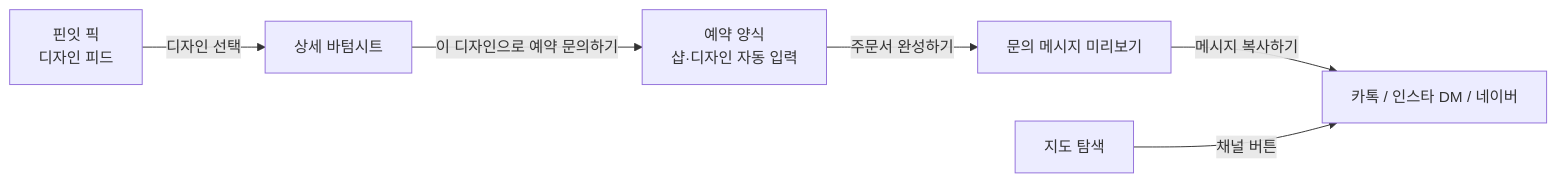
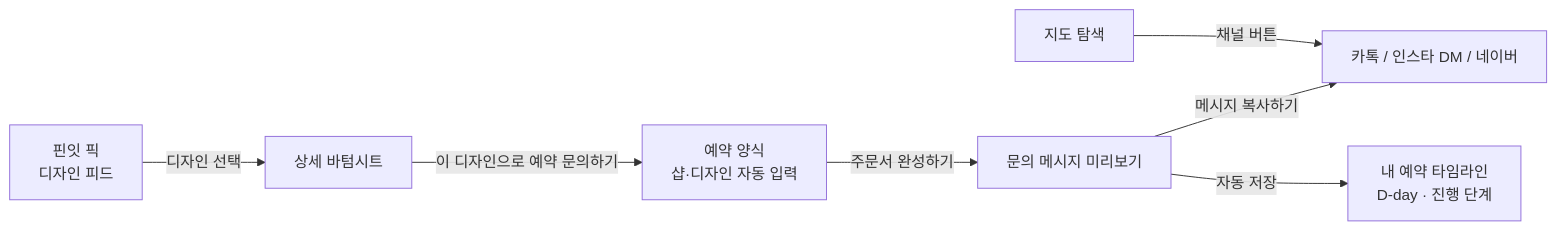
One commit to yeonland/portfolio changed the diagram in pinit_app/README.md. Above: the diagram before and after it, drawn with Mermaid. The commit also changed other lines of this file and 7 other files, not shown here.

````diff
--- a/pinit_app/README.md
+++ b/pinit_app/README.md
@@ -36,8 +37,9 @@
 ```mermaid
 flowchart LR
     A[핀잇 픽<br/>디자인 피드] -->|디자인 선택| B[상세 바텀시트]
     B -->|이 디자인으로 예약 문의하기| C[예약 양식<br/>샵·디자인 자동 입력]
     C -->|주문서 완성하기| D[문의 메시지 미리보기]
     D -->|메시지 복사하기| E[카톡 / 인스타 DM / 네이버]
+    D -->|자동 저장| G[내 예약 타임라인<br/>D-day · 진행 단계]
     F[지도 탐색] -->|채널 버튼| E
 ```
````
